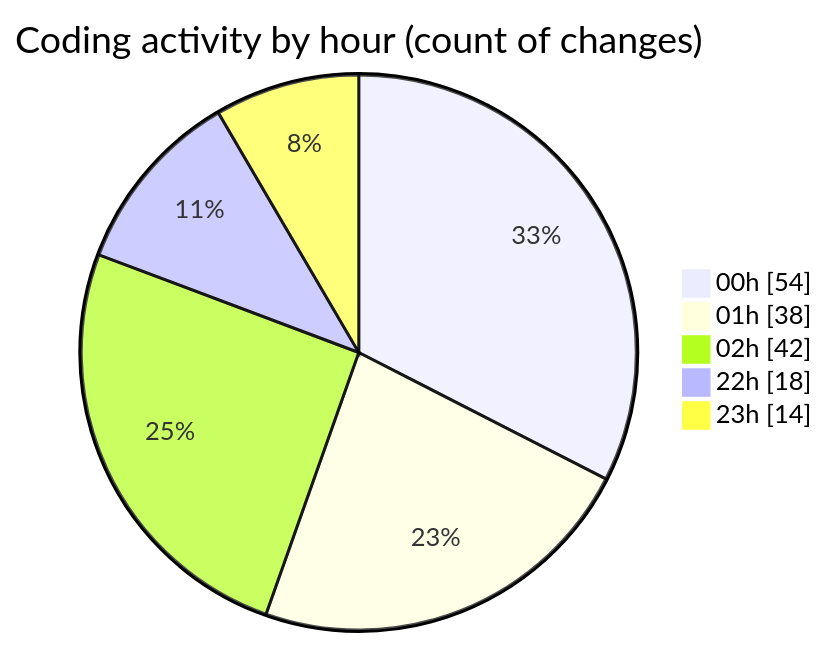
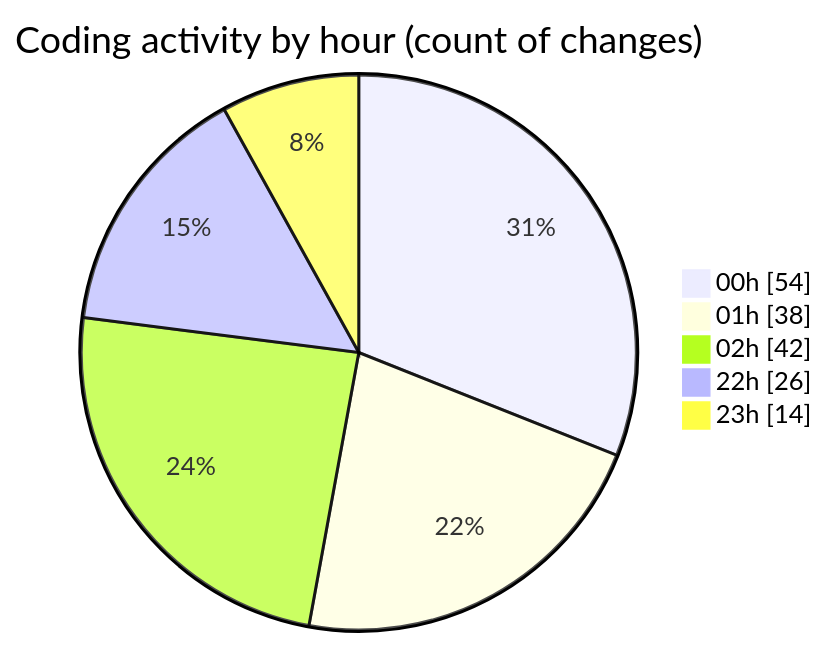
Before and after one commit to lephambinh05/code-tracking: the second of 2 diagrams in 2025-08-20/quytuthien_vn/README.md, drawn with Mermaid. The commit also changed other lines of this file and 1 other file, not shown here.

````diff
--- a/2025-08-20/quytuthien_vn/README.md
+++ b/2025-08-20/quytuthien_vn/README.md
@@ -110,9 +112,9 @@
 ```mermaid
 pie showData
 title Coding activity by hour (count of changes)
 "00h" : 54
 "01h" : 38
 "02h" : 42
-"22h" : 18
+"22h" : 26
 "23h" : 14
 ```
````
